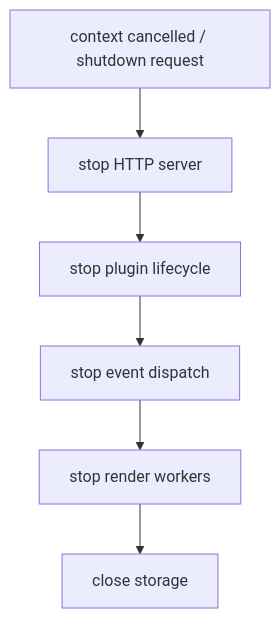
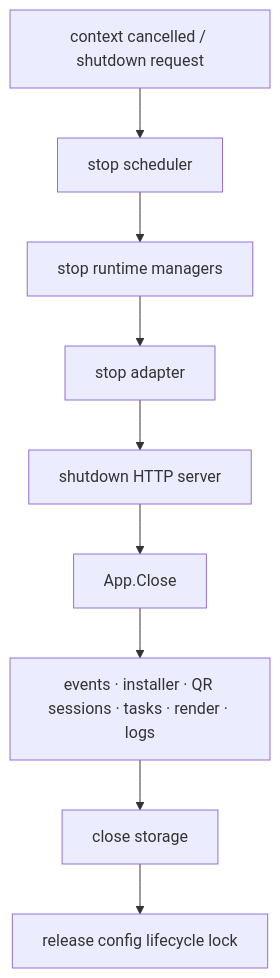
The second of 2 diagrams in docs/architecture/server-lifecycle.md (RayleaBot/RayleaBot), drawn with Mermaid before and after one commit. The commit also changed other lines of this file and 38 other files, not shown here.

Commit message:
docs: reconcile architecture and operational guidance

````diff
--- a/docs/architecture/server-lifecycle.md
+++ b/docs/architecture/server-lifecycle.md
@@ -33,8 +35,11 @@
 ```mermaid
 flowchart TD
-  signal["context cancelled / shutdown request"] --> http["stop HTTP server"]
-  http --> plugins["stop plugin lifecycle"]
-  plugins --> events["stop event dispatch"]
-  events --> render["stop render workers"]
-  render --> storage["close storage"]
+  signal["context cancelled / shutdown request"] --> scheduler["stop scheduler"]
+  scheduler --> plugins["stop runtime managers"]
+  plugins --> adapter["stop adapter"]
+  adapter --> http["shutdown HTTP server"]
+  http --> close["App.Close"]
+  close --> services["events · installer · QR sessions · tasks · render · logs"]
+  services --> storage["close storage"]
+  storage --> lock["release config lifecycle lock"]
 ```
````
